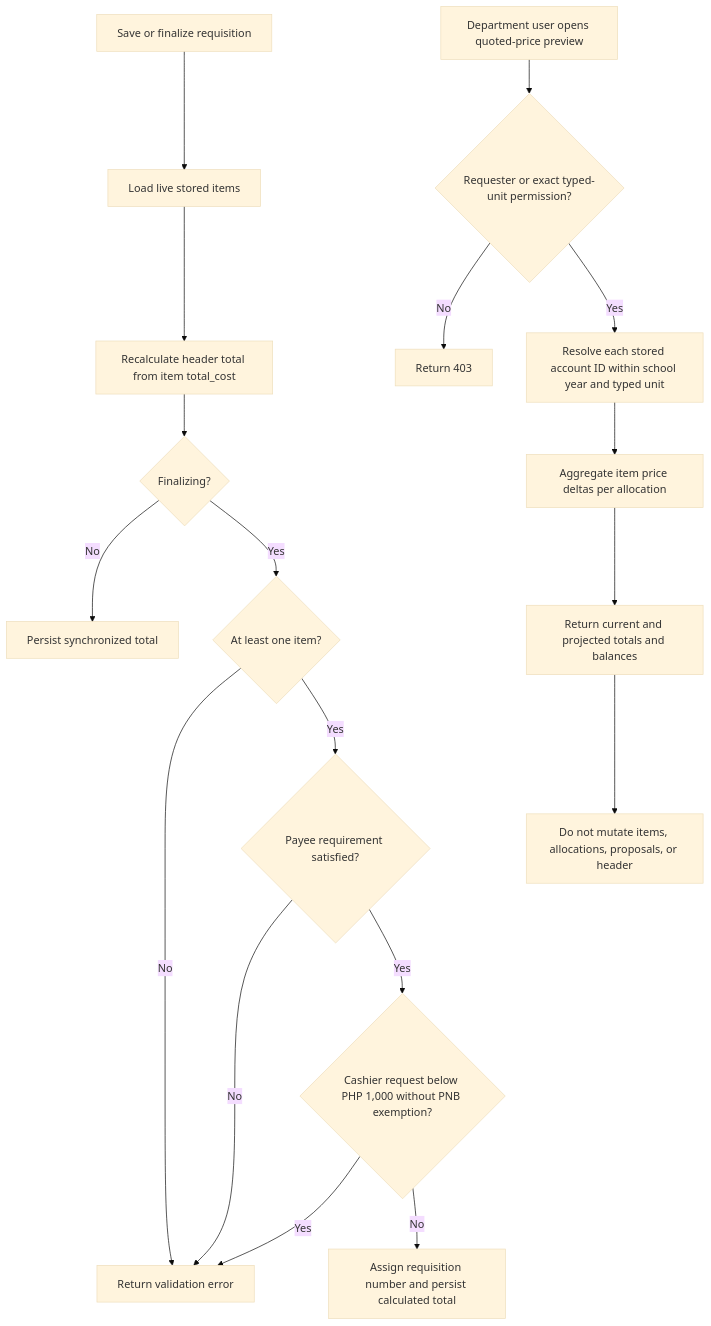
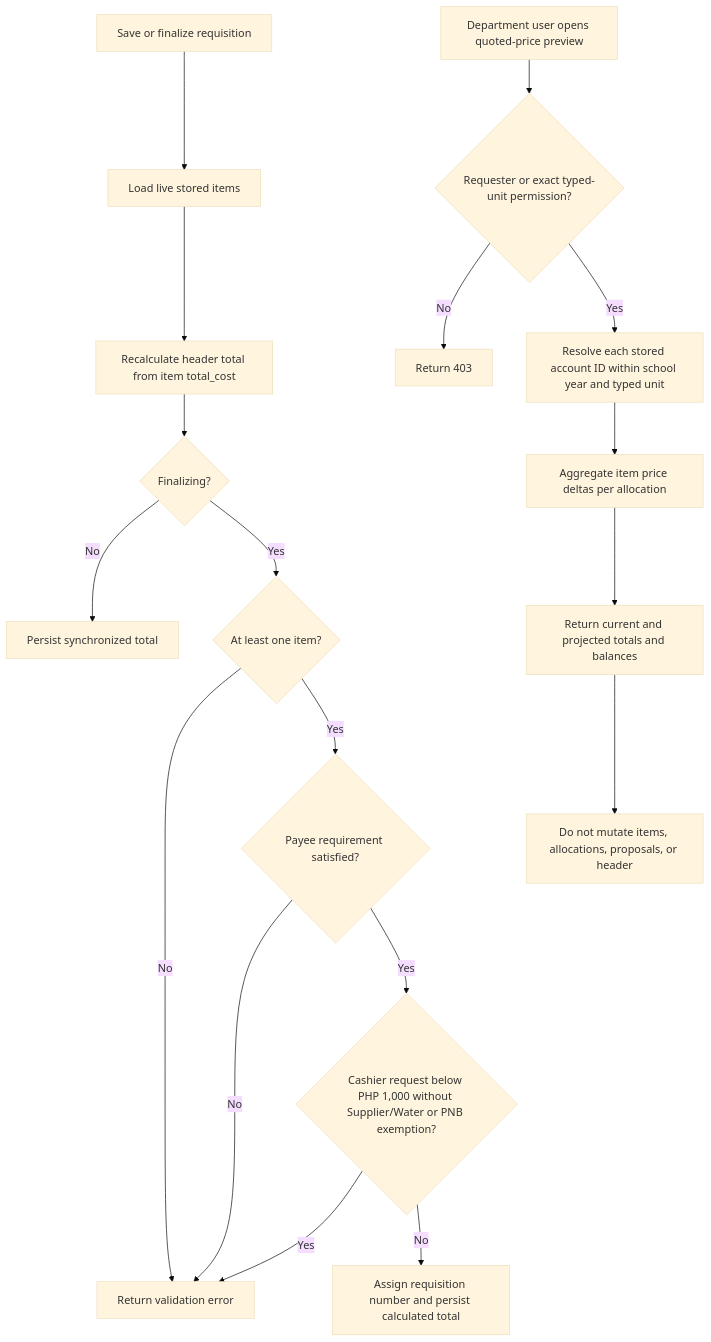
Diagram 15 of 38 in docs/abms/flowcharts.md (AdamsonUniversity-ITC/adulivev6-monorepo), drawn with Mermaid (base theme) before and after one commit. The commit also changed other lines of this file and 27 other files, not shown here.

````diff
--- a/docs/abms/flowcharts.md
+++ b/docs/abms/flowcharts.md
@@ -208,21 +281,21 @@
 ```mermaid
 flowchart TD
     A[Save or finalize requisition] --> B[Load live stored items]
     B --> C[Recalculate header total from item total_cost]
     C --> D{Finalizing?}
     D -- No --> E[Persist synchronized total]
     D -- Yes --> F{At least one item?}
     F -- No --> X[Return validation error]
     F -- Yes --> FP{Payee requirement satisfied?}
     FP -- No --> X
-    FP -- Yes --> G{Cashier request below PHP 1,000 without PNB exemption?}
+    FP -- Yes --> G{Cashier request below PHP 1,000 without Supplier/Water or PNB exemption?}
     G -- Yes --> X
     G -- No --> H[Assign requisition number and persist calculated total]
 
     P[Department user opens quoted-price preview] --> Q{Requester or exact typed-unit permission?}
     Q -- No --> Y[Return 403]
     Q -- Yes --> R[Resolve each stored account ID within school year and typed unit]
     R --> S[Aggregate item price deltas per allocation]
     S --> T[Return current and projected totals and balances]
     T --> U[Do not mutate items, allocations, proposals, or header]
 ```
````
